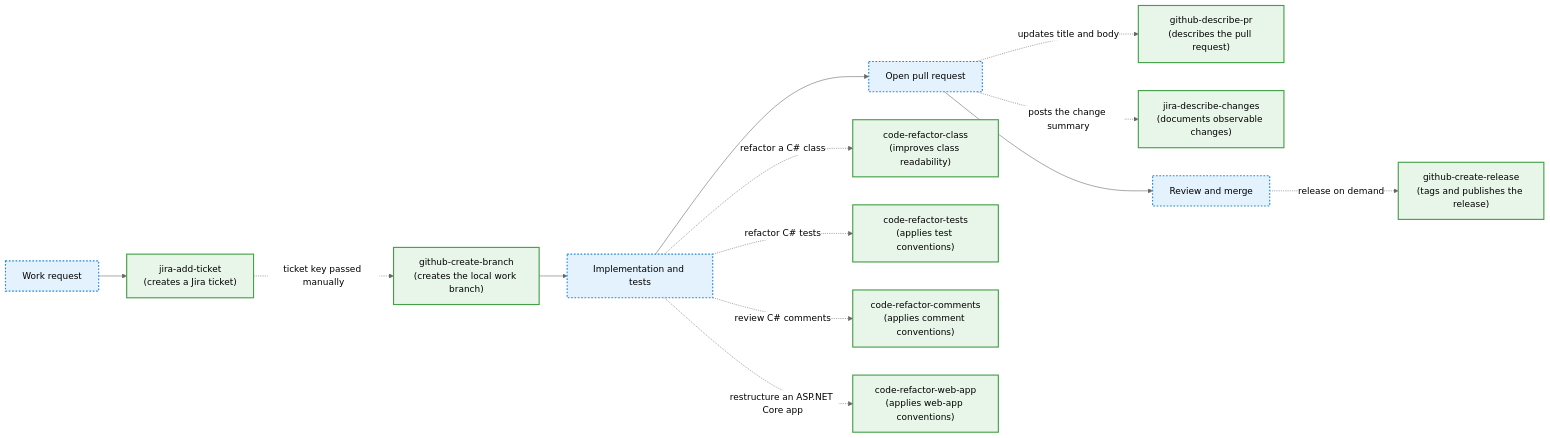
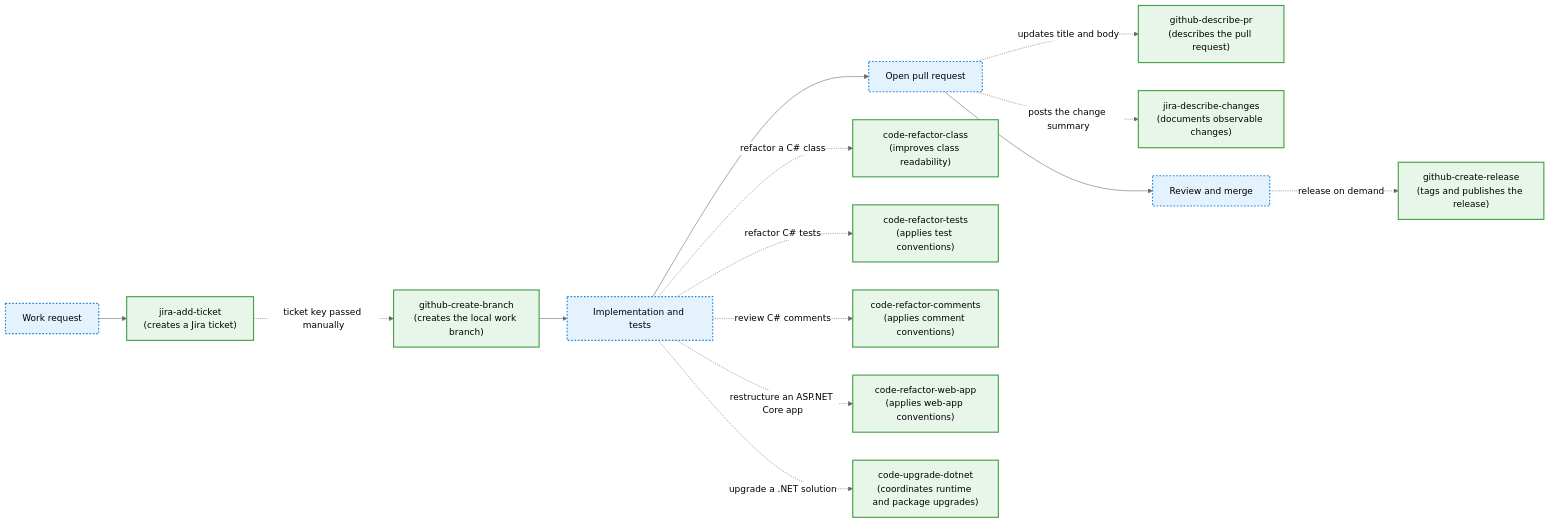
Before and after one commit to kzryzstof/daily-dev-essentials: the diagram in prompts/README.md, drawn with Mermaid (neutral theme). The commit also changed other lines of this file and 3 other files, not shown here.

Commit message:
Add .NET upgrade skill and align references

````diff
--- a/prompts/README.md
+++ b/prompts/README.md
@@ -39,21 +41,22 @@
 ```mermaid
 flowchart LR
   Request["Work request"] --> AddTicket["jira-add-ticket<br/>(creates a Jira ticket)"]
   AddTicket -.->|"ticket key passed manually"| CreateBranch["github-create-branch<br/>(creates the local work branch)"]
   CreateBranch --> Implementation["Implementation and tests"]
   Implementation --> PullRequest["Open pull request"]
   PullRequest -.->|"updates title and body"| DescribePr["github-describe-pr<br/>(describes the pull request)"]
   PullRequest -.->|"posts the change summary"| DescribeChanges["jira-describe-changes<br/>(documents observable changes)"]
   PullRequest --> Merge["Review and merge"]
   Merge -.->|"release on demand"| CreateRelease["github-create-release<br/>(tags and publishes the release)"]
 
   Implementation -.->|"refactor a C# class"| RefactorClass["code-refactor-class<br/>(improves class readability)"]
   Implementation -.->|"refactor C# tests"| RefactorTests["code-refactor-tests<br/>(applies test conventions)"]
   Implementation -.->|"review C# comments"| RefactorComments["code-refactor-comments<br/>(applies comment conventions)"]
   Implementation -.->|"restructure an ASP.NET Core app"| RefactorWebApp["code-refactor-web-app<br/>(applies web-app conventions)"]
+  Implementation -.->|"upgrade a .NET solution"| UpgradeDotNet["code-upgrade-dotnet<br/>(coordinates runtime and package upgrades)"]
 
   classDef skill fill:#E8F5E9,stroke:#43A047,stroke-width:2px,color:#000000;
   classDef anchor fill:#E3F2FD,stroke:#1E88E5,stroke-width:2px,color:#000000,stroke-dasharray: 3 3;
-  class AddTicket,CreateBranch,DescribePr,DescribeChanges,CreateRelease,RefactorClass,RefactorTests,RefactorComments,RefactorWebApp skill;
+  class AddTicket,CreateBranch,DescribePr,DescribeChanges,CreateRelease,RefactorClass,RefactorTests,RefactorComments,RefactorWebApp,UpgradeDotNet skill;
   class Request,Implementation,PullRequest,Merge anchor;
 ```
````
